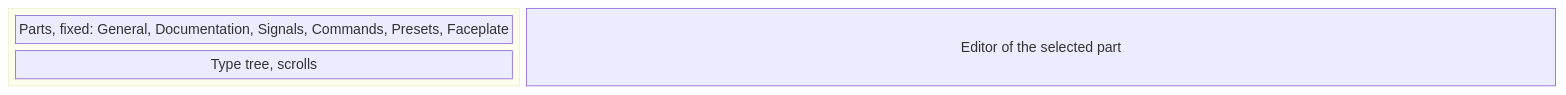
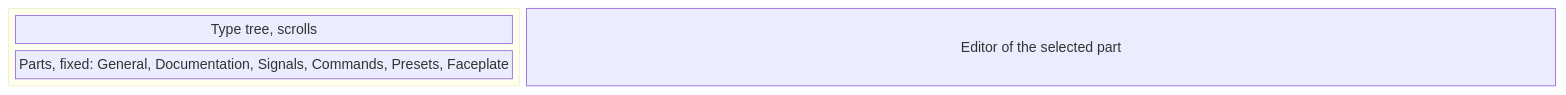
One commit to AlexandreGallais/synoptic-studio-spec changed the sixth of 10 diagrams in metadata/01-types.md. Above: the diagram before and after it, drawn with Mermaid. The commit also changed other lines of this file and 2 other files, not shown here.

First line of the commit message:
docs(metadata): put the parts list back under the type tree

````diff
--- a/metadata/01-types.md
+++ b/metadata/01-types.md
@@ -109,10 +109,10 @@
 ```mermaid
 block-beta
     columns 3
     block:left
         columns 1
+        tree["Type tree, scrolls"]
         parts["Parts, fixed: General, Documentation, Signals, Commands, Presets, Faceplate"]
-        tree["Type tree, scrolls"]
     end
     editor["Editor of the selected part"]:2
 ```
````
